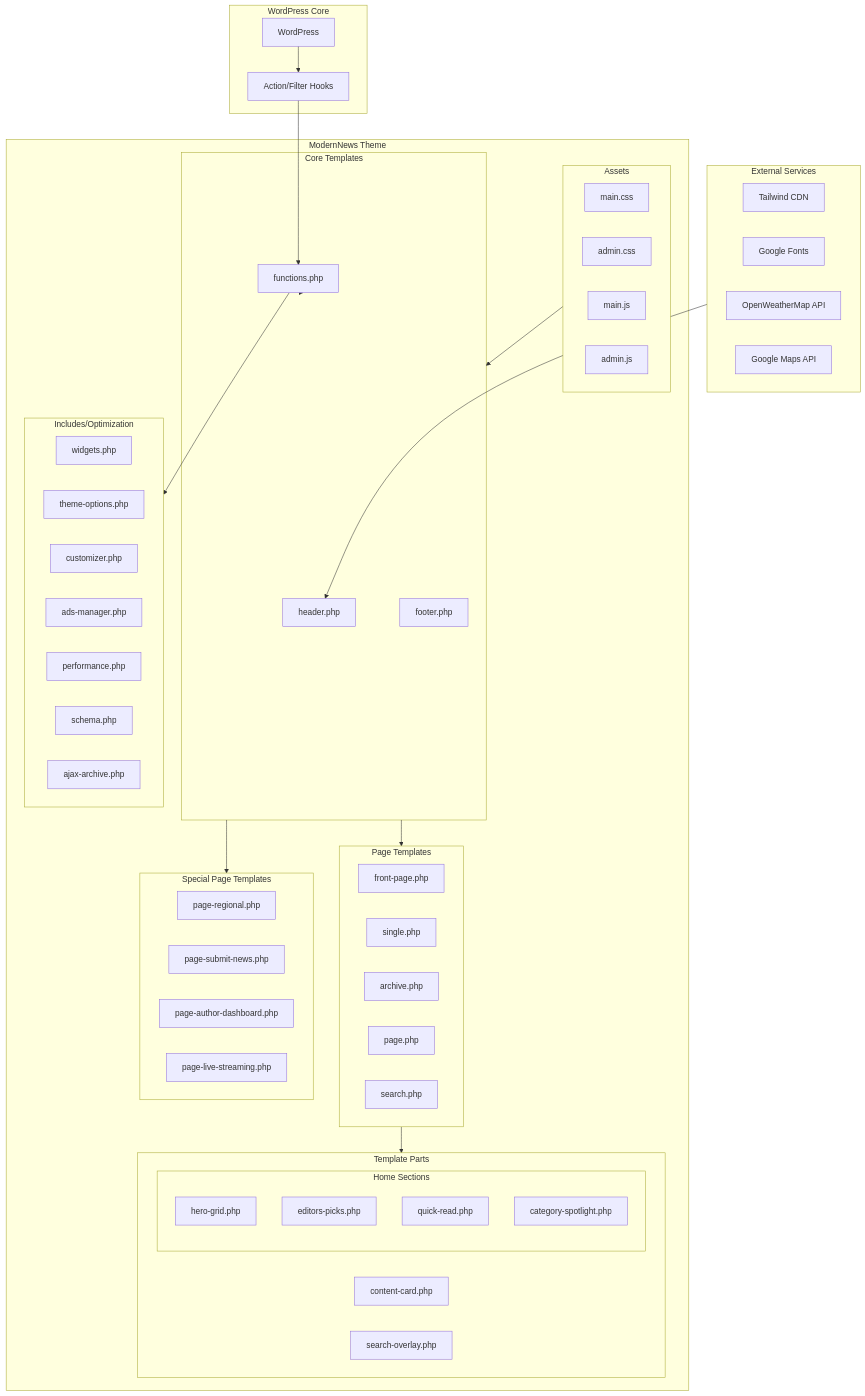
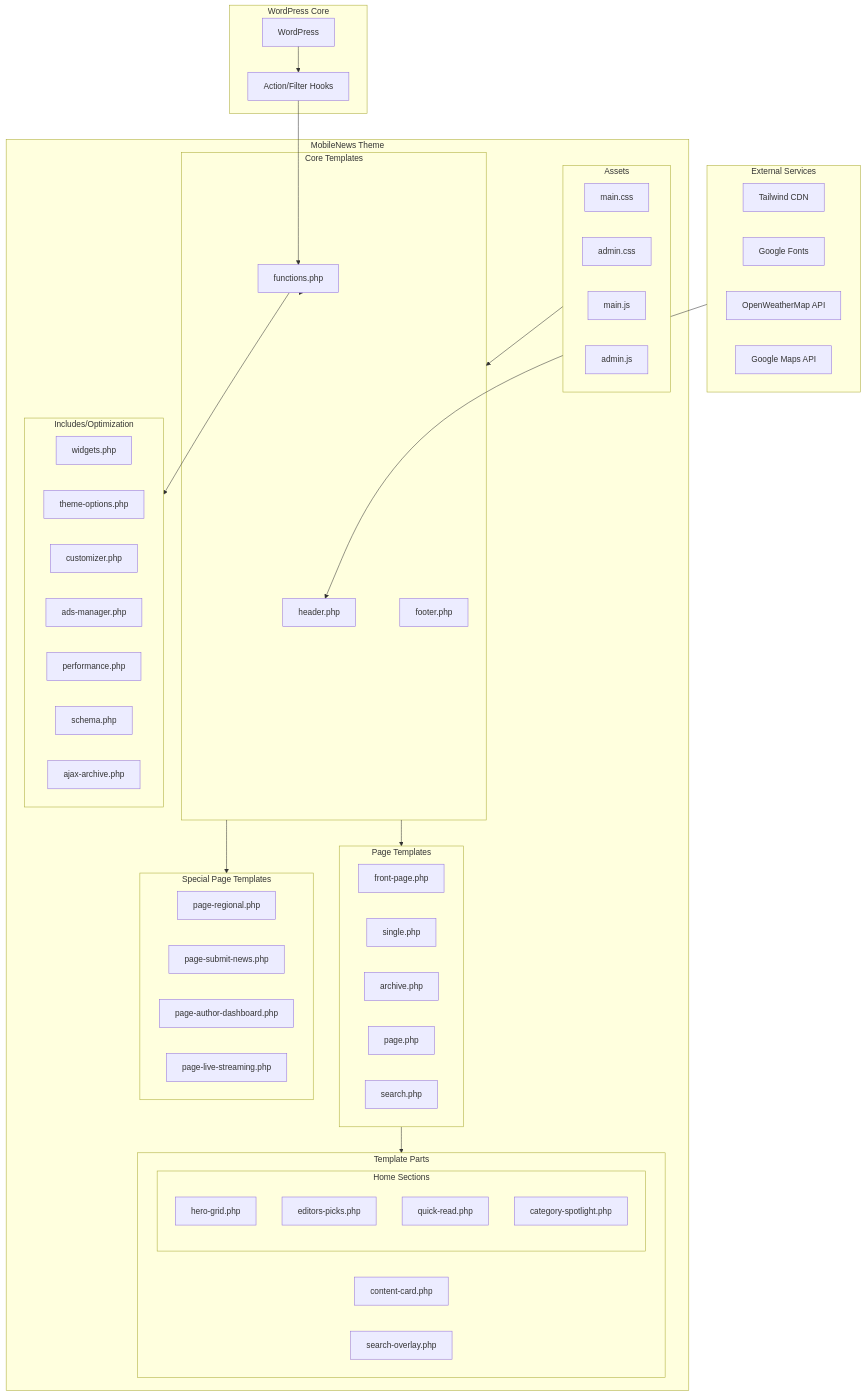
The first of 4 diagrams in BLUEPRINT.md (roedyrustam/mobilenews), drawn with Mermaid before and after one commit. The commit also changed 21 other files, not shown here.

````diff
--- a/BLUEPRINT.md
+++ b/BLUEPRINT.md
@@ -5,75 +5,75 @@
 ```mermaid
 graph TB
     subgraph WordPress["WordPress Core"]
         WP[WordPress]
         Hooks[Action/Filter Hooks]
     end
 
-    subgraph Theme["ModernNews Theme"]
+    subgraph Theme["MobileNews Theme"]
         subgraph Core["Core Templates"]
             Header[header.php]
             Footer[footer.php]
             Functions[functions.php]
         end
         
         subgraph Templates["Page Templates"]
             FrontPage[front-page.php]
             Single[single.php]
             Archive[archive.php]
             Page[page.php]
             Search[search.php]
         end
         
         subgraph SpecialPages["Special Page Templates"]
             Regional[page-regional.php]
             Submit[page-submit-news.php]
             Author[page-author-dashboard.php]
             Live[page-live-streaming.php]
         end
         
         subgraph Includes["Includes/Optimization"]
             Widgets[widgets.php]
             ThemeOptions[theme-options.php]
             Customizer[customizer.php]
             AdsManager[ads-manager.php]
             Performance[performance.php]
             Schema[schema.php]
             AjaxArchive[ajax-archive.php]
         end
         
         subgraph Assets["Assets"]
             MainCSS[main.css]
             AdminCSS[admin.css]
             MainJS[main.js]
             AdminJS[admin.js]
         end
         
         subgraph TemplateParts["Template Parts"]
             subgraph HomeParts["Home Sections"]
                 Hero[hero-grid.php]
                 Editors[editors-picks.php]
                 QuickRead[quick-read.php]
                 Spotlight[category-spotlight.php]
             end
             ContentCard[content-card.php]
             SearchOverlay[search-overlay.php]
         end
     end
     
     subgraph External["External Services"]
         TailwindCDN[Tailwind CDN]
         GoogleFonts[Google Fonts]
         WeatherAPI[OpenWeatherMap API]
         GoogleMaps[Google Maps API]
     end
 
     WP --> Hooks
     Hooks --> Functions
     Functions --> Core
     Functions --> Includes
     Core --> Templates
     Core --> SpecialPages
     Templates --> TemplateParts
     Assets --> Core
     External --> Header
 ```
````
